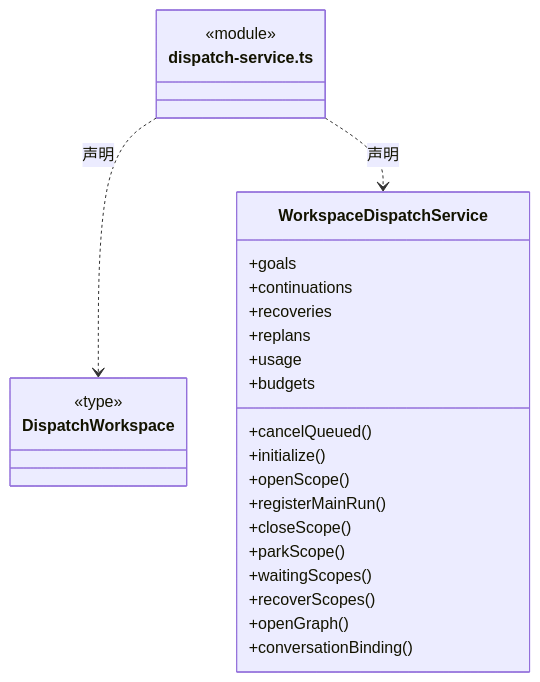
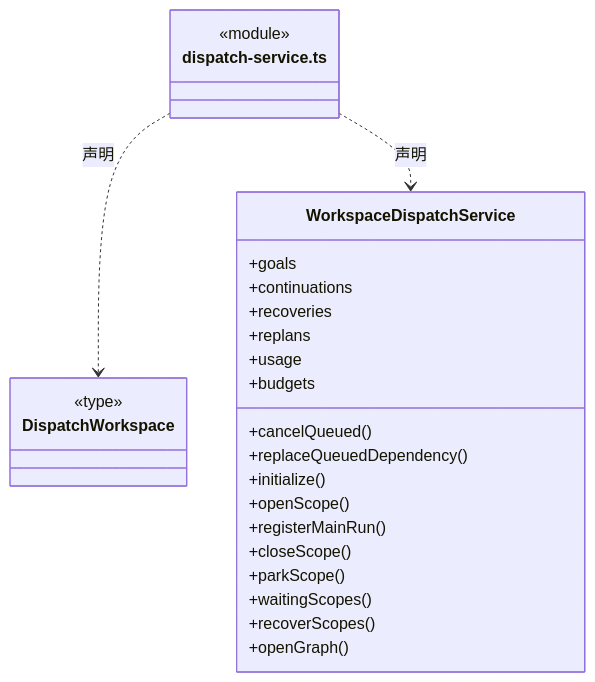
One commit to nan023062/cbim changed the sixth of 50 diagrams in src/backend/scheduler-engine/execution/ARCHITECTURE.md. Above: the diagram before and after it, drawn with Mermaid. The commit also changed other lines of this file and 53 other files, not shown here.

````diff
--- a/src/backend/scheduler-engine/execution/ARCHITECTURE.md
+++ b/src/backend/scheduler-engine/execution/ARCHITECTURE.md
@@ -199,30 +200,30 @@
 ```mermaid
 classDiagram
 class N_src_backend_scheduler_engine_execution_dispatch_service_ts["dispatch-service.ts"] {
   <<module>>
 }
 class N_src_backend_scheduler_engine_execution_dispatch_service_ts_DispatchWorkspace["DispatchWorkspace"] {
   <<type>>
 
 }
 N_src_backend_scheduler_engine_execution_dispatch_service_ts ..> N_src_backend_scheduler_engine_execution_dispatch_service_ts_DispatchWorkspace : 声明
 class N_src_backend_scheduler_engine_execution_dispatch_service_ts_WorkspaceDispatchService["WorkspaceDispatchService"] {
   +goals
   +continuations
   +recoveries
   +replans
   +usage
   +budgets
   +cancelQueued()
+  +replaceQueuedDependency()
   +initialize()
   +openScope()
   +registerMainRun()
   +closeScope()
   +parkScope()
   +waitingScopes()
   +recoverScopes()
   +openGraph()
-  +conversationBinding()
 }
 N_src_backend_scheduler_engine_execution_dispatch_service_ts ..> N_src_backend_scheduler_engine_execution_dispatch_service_ts_WorkspaceDispatchService : 声明
 ```
````
